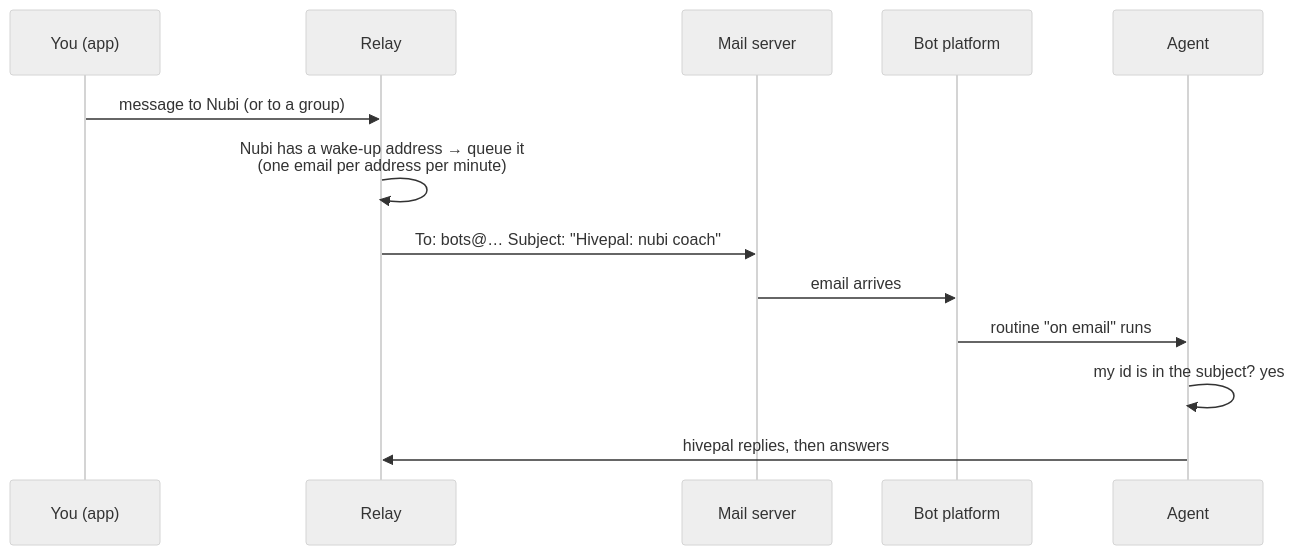
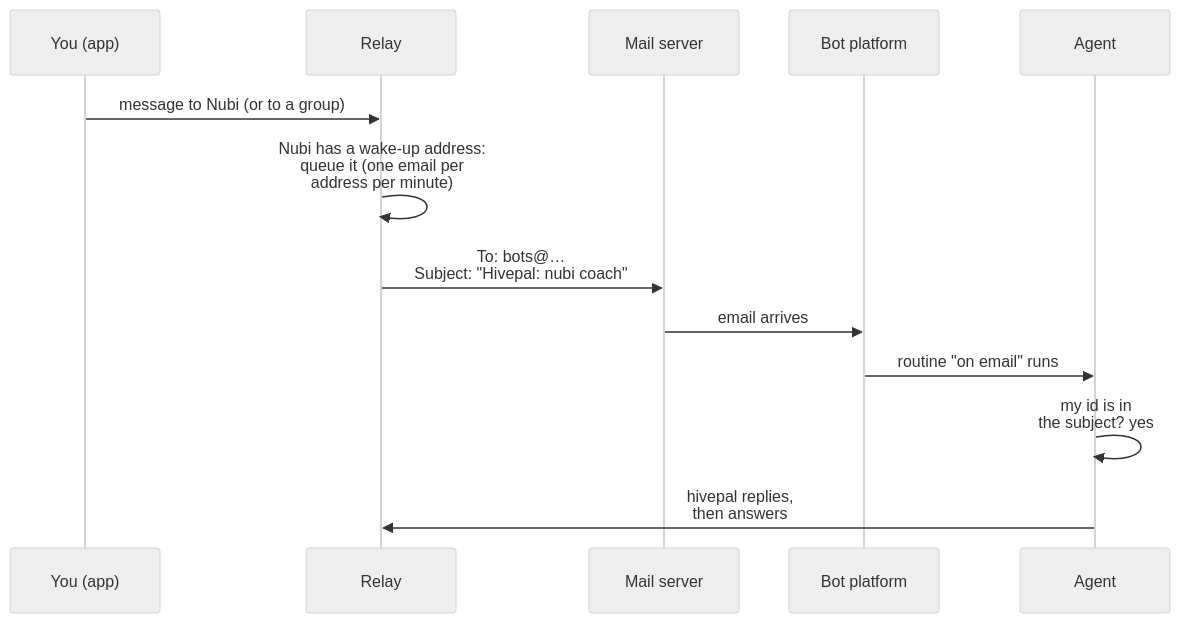
One commit to mixx86/hivepal changed the sixth of 8 diagrams in docs/concepts/how-it-works.md. Above: the diagram before and after it, drawn with Mermaid (neutral theme). The commit also changed other lines of this file and 1 other file, not shown here.

First line of the commit message:
Docs: narrower diagrams so they stay readable on the website

````diff
--- a/docs/concepts/how-it-works.md
+++ b/docs/concepts/how-it-works.md
@@ -133,15 +133,15 @@
 ```mermaid
 sequenceDiagram
     participant P as You (app)
     participant R as Relay
     participant SMTP as Mail server
     participant B as Bot platform
     participant Ag as Agent
     P->>R: message to Nubi (or to a group)
-    R->>R: Nubi has a wake-up address → queue it<br/>(one email per address per minute)
-    R->>SMTP: To: bots@… Subject: "Hivepal: nubi coach"
+    R->>R: Nubi has a wake-up address:<br/>queue it (one email per<br/>address per minute)
+    R->>SMTP: To: bots@…<br/>Subject: "Hivepal: nubi coach"
     SMTP->>B: email arrives
     B->>Ag: routine "on email" runs
-    Ag->>Ag: my id is in the subject? yes
-    Ag->>R: hivepal replies, then answers
+    Ag->>Ag: my id is in<br/>the subject? yes
+    Ag->>R: hivepal replies,<br/>then answers
 ```
````
